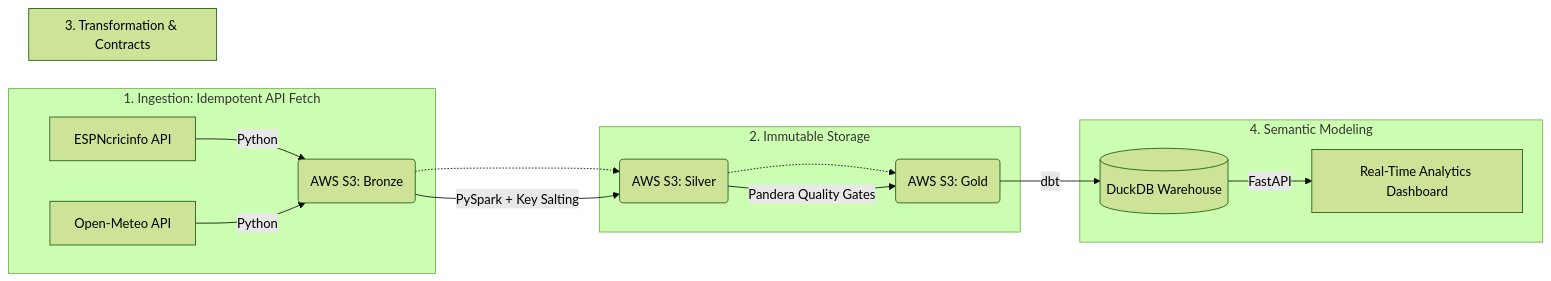
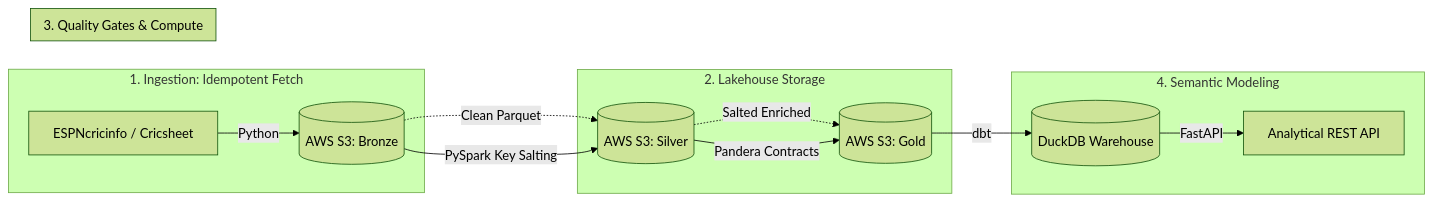
Before and after one commit to NADEEMTHEBA8/coverdrive: the diagram in README.md, drawn with Mermaid (forest theme). The commit also changed other lines of this file and 3 other files, not shown here.

First line of the commit message:
refactor(lakehouse): audit DuckDB + PySpark lakehouse architecture

````diff
--- a/README.md
+++ b/README.md
@@ -22,22 +23,21 @@
 ```mermaid
 flowchart LR
-    subgraph Ingestion Layer [1. Ingestion: Idempotent API Fetch]
-        A[ESPNcricinfo API] -->|Python| B(AWS S3: Bronze)
-        A2[Open-Meteo API] -->|Python| B
+    subgraph Ingestion [1. Ingestion: Idempotent Fetch]
+        A[ESPNcricinfo / Cricsheet] -->|Python| B[(AWS S3: Bronze)]
     end
 
-    subgraph Storage Layer [2. Immutable Storage]
-        B -.-> C(AWS S3: Silver)
-        C -.-> D(AWS S3: Gold)
+    subgraph Storage [2. Lakehouse Storage]
+        B -.->|Clean Parquet| C[(AWS S3: Silver)]
+        C -.->|Salted Enriched| D[(AWS S3: Gold)]
     end
 
-    subgraph Processing Layer [3. Transformation & Contracts]
-        B -->|PySpark + Key Salting| C
-        C -->|Pandera Quality Gates| D
+    subgraph Processing [3. Quality Gates & Compute]
+        B -->|PySpark Key Salting| C
+        C -->|Pandera Contracts| D
     end
 
-    subgraph Serving Layer [4. Semantic Modeling]
+    subgraph Serving [4. Semantic Modeling]
         D -->|dbt| E[(DuckDB Warehouse)]
-        E -->|FastAPI| F[Real-Time Analytics Dashboard]
+        E -->|FastAPI| F[Analytical REST API]
     end
 ```
````
